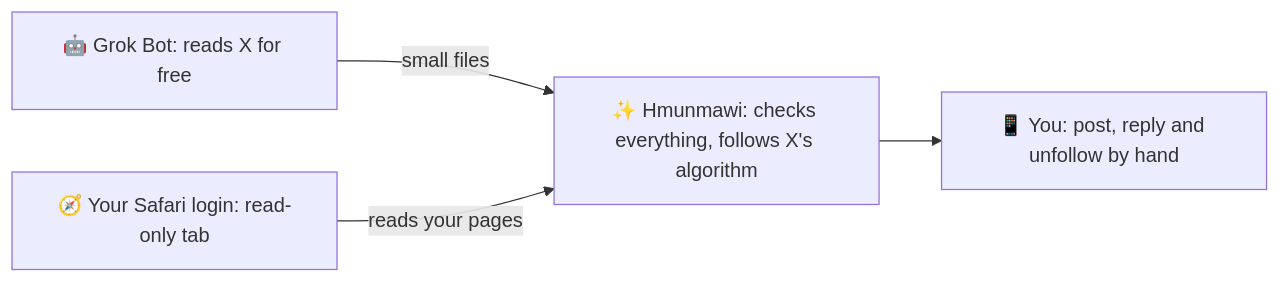
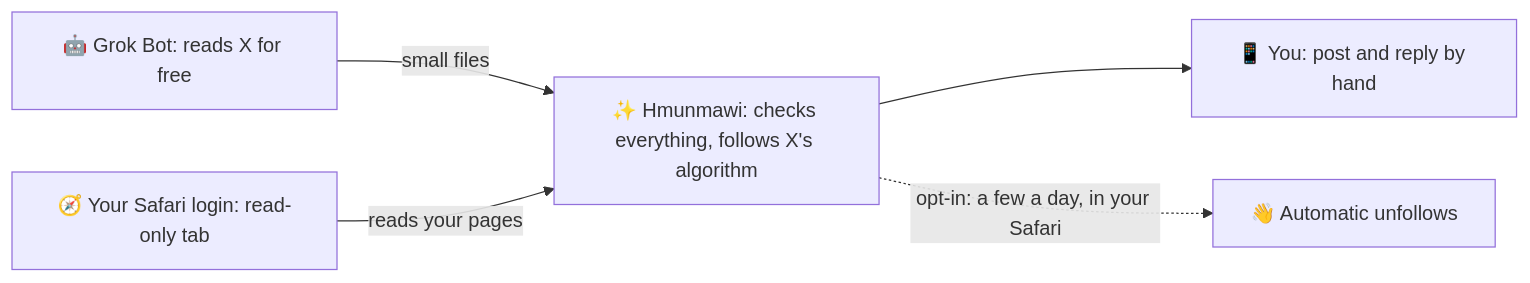
Before and after one commit to priyevsingh/hmunmawi: the diagram in docs/X-SETUP.md, drawn with Mermaid. The commit also changed other lines of this file and 20 other files, not shown here.

Commit message:
X unfollows (automatic): opt-in routine that unfollows non-followbacks through your Safari login, frozen list, pacing and safety stops; Settings → Jobs switch; docs; 1.3.0

````diff
--- a/docs/X-SETUP.md
+++ b/docs/X-SETUP.md
@@ -23,6 +23,7 @@
 ```mermaid
 flowchart LR
     G["🤖 Grok Bot: reads X for free"] -->|small files| H
     S["🧭 Your Safari login: read-only tab"] -->|reads your pages| H
-    H["✨ Hmunmawi: checks everything, follows X's algorithm"] --> Y["📱 You: post, reply and unfollow by hand"]
+    H["✨ Hmunmawi: checks everything, follows X's algorithm"] --> Y["📱 You: post and reply by hand"]
+    H -.->|"opt-in: a few a day, in your Safari"| U["👋 Automatic unfollows"]
 ```
````
